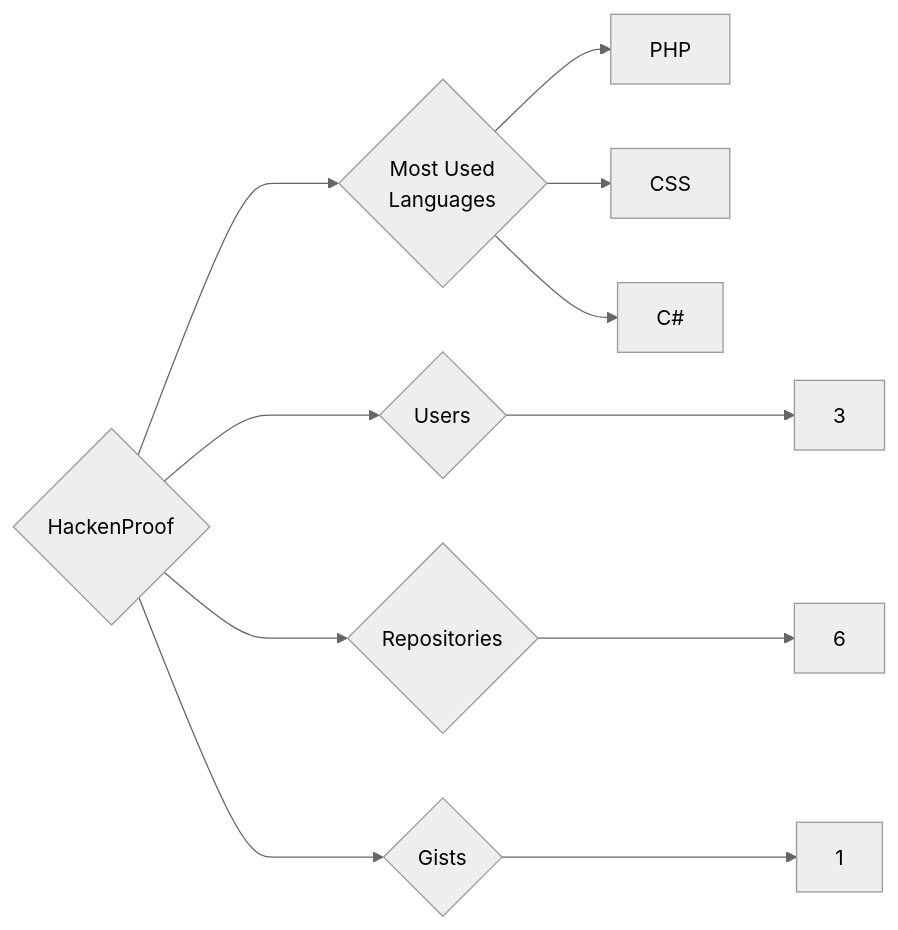
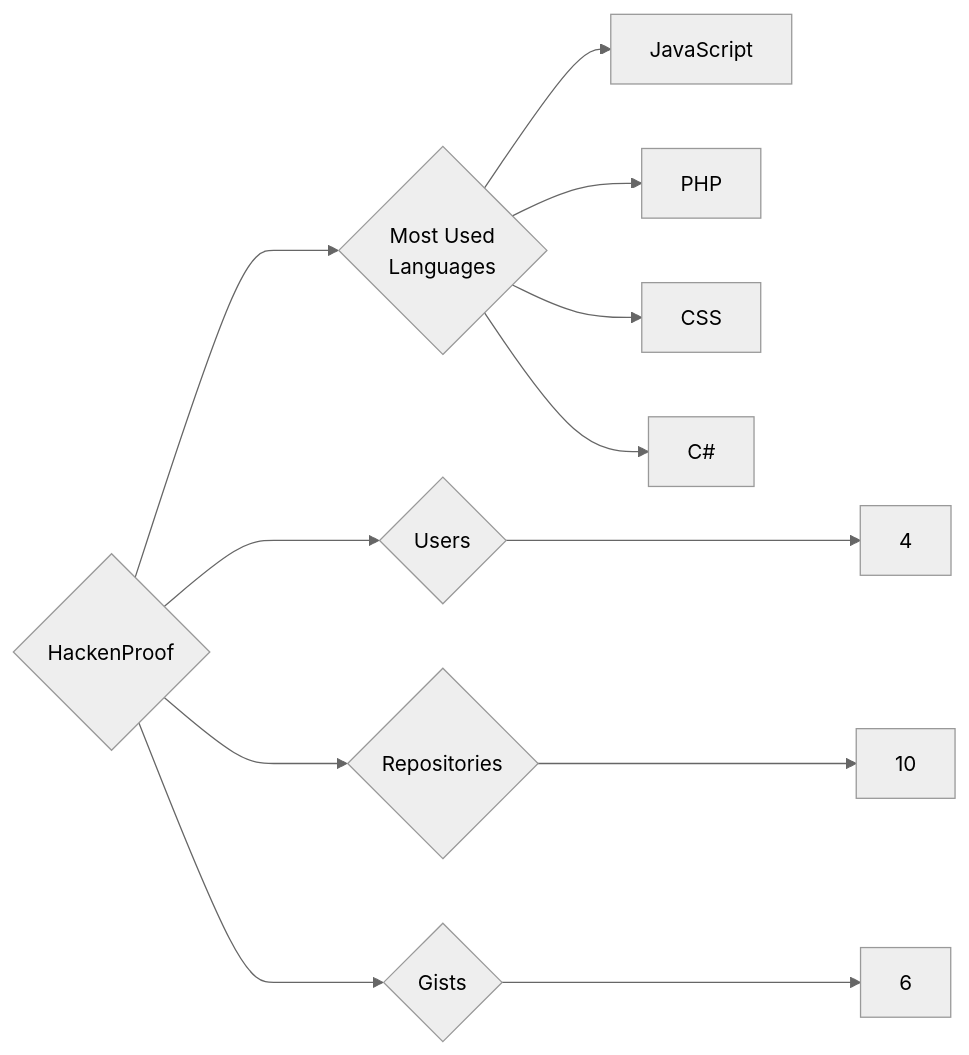
One commit to trickest/insiders changed the diagram in targets/HackenProof/README.md. Above: the diagram before and after it, drawn with Mermaid (neutral theme). The commit also changed 1055 other files, not shown here.

````diff
--- a/targets/HackenProof/README.md
+++ b/targets/HackenProof/README.md
@@ -3,11 +3,12 @@
 ```mermaid
 graph LR
 COMPANY_NAME{HackenProof}
-COMPANY_NAME ---> U{Users} ---> UN[3]
-COMPANY_NAME ---> R{Repositories} ---> RN[6]
-COMPANY_NAME ---> G{Gists} ---> GN[1]
+COMPANY_NAME ---> U{Users} ---> UN[4]
+COMPANY_NAME ---> R{Repositories} ---> RN[10]
+COMPANY_NAME ---> G{Gists} ---> GN[6]
 COMPANY_NAME ---> ML{Most Used<br>Languages}
+ML --> JavaScript[JavaScript]
 ML --> PHP[PHP]
 ML --> CSS[CSS]
 ML --> C#[C#]
 ```
````
